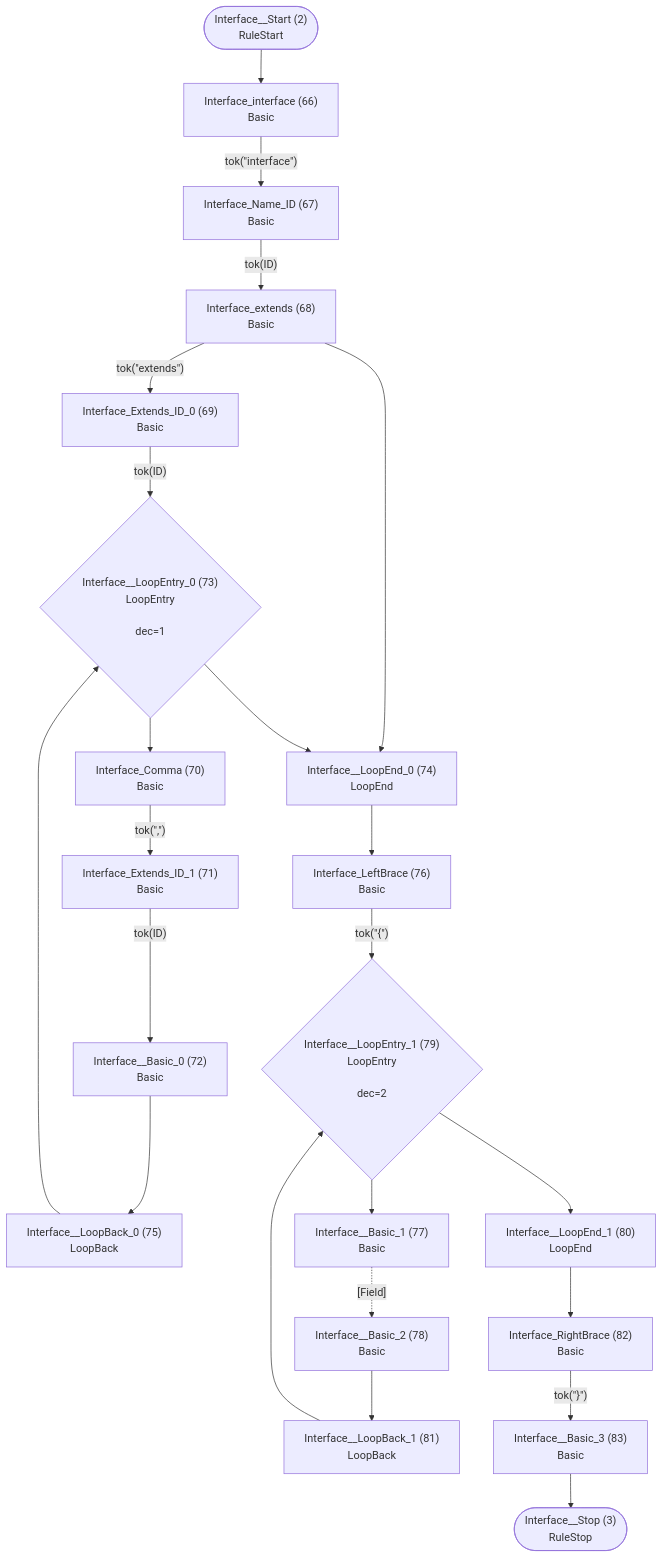
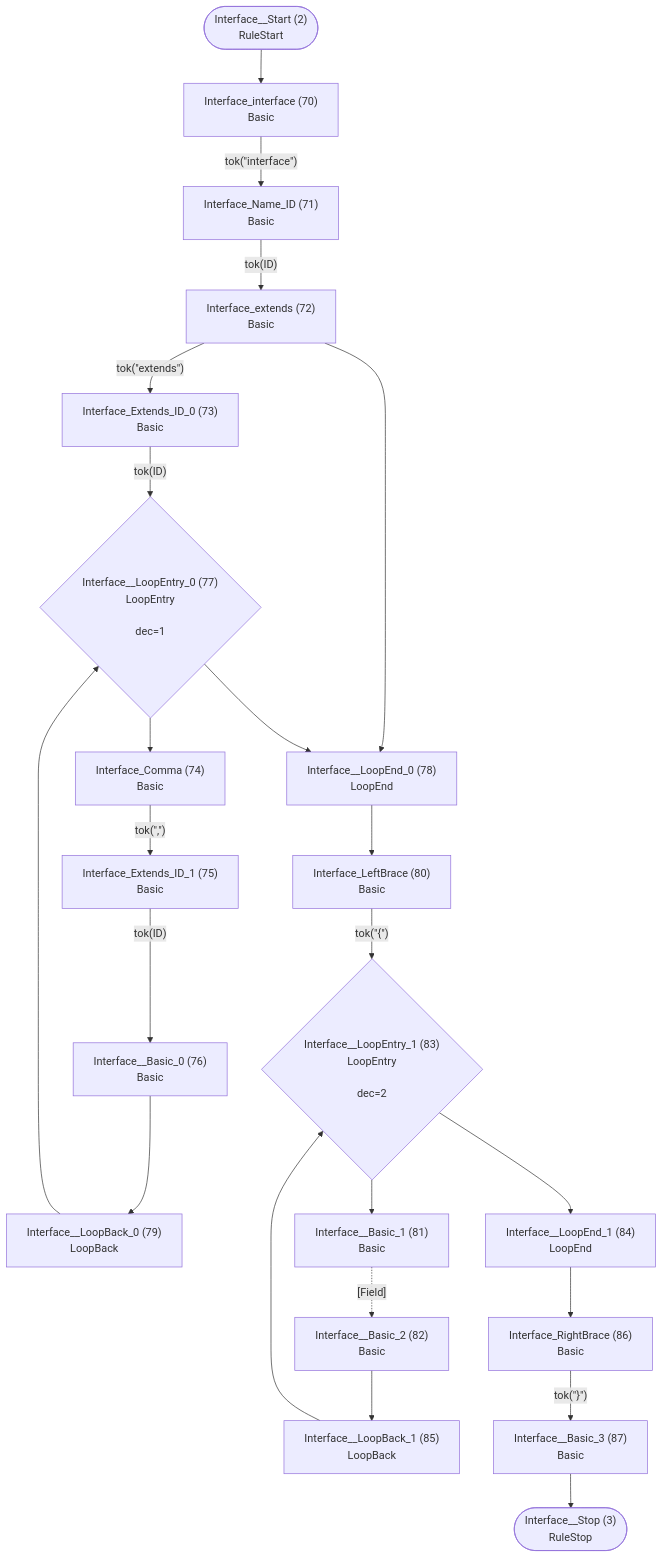
One commit to TypeFox/fastbelt changed the second of 26 diagrams in internal/grammar/atn.md. Above: the diagram before and after it, drawn with Mermaid. The commit also changed other lines of this file and 51 other files, not shown here.

````diff
--- a/internal/grammar/atn.md
+++ b/internal/grammar/atn.md
@@ -51,46 +56,46 @@
 ```mermaid
 flowchart TD
     q2(["Interface__Start (2)<br/>RuleStart"])
     q3(["Interface__Stop (3)<br/>RuleStop"])
-    q66["Interface_interface (66)<br/>Basic<br/>"]
-    q67["Interface_Name_ID (67)<br/>Basic<br/>"]
-    q68["Interface_extends (68)<br/>Basic<br/>"]
-    q69["Interface_Extends_ID_0 (69)<br/>Basic<br/>"]
-    q70["Interface_Comma (70)<br/>Basic<br/>"]
-    q71["Interface_Extends_ID_1 (71)<br/>Basic<br/>"]
-    q72["Interface__Basic_0 (72)<br/>Basic<br/>"]
-    q73{"Interface__LoopEntry_0 (73)<br/>LoopEntry<br/><br/>dec=1"}
-    q74["Interface__LoopEnd_0 (74)<br/>LoopEnd<br/>"]
-    q75["Interface__LoopBack_0 (75)<br/>LoopBack<br/>"]
-    q76["Interface_LeftBrace (76)<br/>Basic<br/>"]
-    q77["Interface__Basic_1 (77)<br/>Basic<br/>"]
-    q78["Interface__Basic_2 (78)<br/>Basic<br/>"]
-    q79{"Interface__LoopEntry_1 (79)<br/>LoopEntry<br/><br/>dec=2"}
-    q80["Interface__LoopEnd_1 (80)<br/>LoopEnd<br/>"]
-    q81["Interface__LoopBack_1 (81)<br/>LoopBack<br/>"]
-    q82["Interface_RightBrace (82)<br/>Basic<br/>"]
-    q83["Interface__Basic_3 (83)<br/>Basic<br/>"]
+    q70["Interface_interface (70)<br/>Basic<br/>"]
+    q71["Interface_Name_ID (71)<br/>Basic<br/>"]
+    q72["Interface_extends (72)<br/>Basic<br/>"]
+    q73["Interface_Extends_ID_0 (73)<br/>Basic<br/>"]
+    q74["Interface_Comma (74)<br/>Basic<br/>"]
+    q75["Interface_Extends_ID_1 (75)<br/>Basic<br/>"]
+    q76["Interface__Basic_0 (76)<br/>Basic<br/>"]
+    q77{"Interface__LoopEntry_0 (77)<br/>LoopEntry<br/><br/>dec=1"}
+    q78["Interface__LoopEnd_0 (78)<br/>LoopEnd<br/>"]
+    q79["Interface__LoopBack_0 (79)<br/>LoopBack<br/>"]
+    q80["Interface_LeftBrace (80)<br/>Basic<br/>"]
+    q81["Interface__Basic_1 (81)<br/>Basic<br/>"]
+    q82["Interface__Basic_2 (82)<br/>Basic<br/>"]
+    q83{"Interface__LoopEntry_1 (83)<br/>LoopEntry<br/><br/>dec=2"}
+    q84["Interface__LoopEnd_1 (84)<br/>LoopEnd<br/>"]
+    q85["Interface__LoopBack_1 (85)<br/>LoopBack<br/>"]
+    q86["Interface_RightBrace (86)<br/>Basic<br/>"]
+    q87["Interface__Basic_3 (87)<br/>Basic<br/>"]
 
-    q2 --> q66
-    q66 -->|"tok(&quot;interface&quot;)"| q67
-    q67 -->|"tok(ID)"| q68
-    q68 -->|"tok(&quot;extends&quot;)"| q69
-    q68 --> q74
-    q69 -->|"tok(ID)"| q73
-    q70 -->|"tok(&quot;,&quot;)"| q71
+    q2 --> q70
+    q70 -->|"tok(&quot;interface&quot;)"| q71
     q71 -->|"tok(ID)"| q72
-    q72 --> q75
-    q73 --> q70
-    q73 --> q74
-    q74 --> q76
-    q75 --> q73
-    q76 -->|"tok(&quot;{&quot;)"| q79
-    q77 -.->|"[Field]"| q78
-    q78 --> q81
+    q72 -->|"tok(&quot;extends&quot;)"| q73
+    q72 --> q78
+    q73 -->|"tok(ID)"| q77
+    q74 -->|"tok(&quot;,&quot;)"| q75
+    q75 -->|"tok(ID)"| q76
+    q76 --> q79
+    q77 --> q74
+    q77 --> q78
+    q78 --> q80
     q79 --> q77
-    q79 --> q80
-    q80 --> q82
-    q81 --> q79
-    q82 -->|"tok(&quot;}&quot;)"| q83
-    q83 --> q3
+    q80 -->|"tok(&quot;{&quot;)"| q83
+    q81 -.->|"[Field]"| q82
+    q82 --> q85
+    q83 --> q81
+    q83 --> q84
+    q84 --> q86
+    q85 --> q83
+    q86 -->|"tok(&quot;}&quot;)"| q87
+    q87 --> q3
 ```
````
